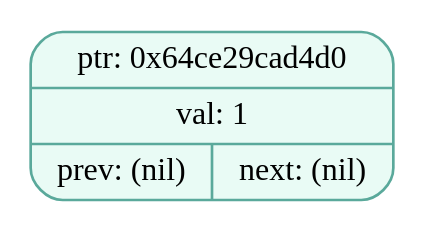
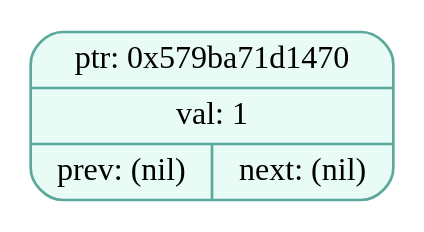
One commit to EvilTomato9890/Difference changed the diagram in dumps/tree_dump_004.dot. Above: the diagram before and after it, drawn with Graphviz. The commit also changed 30 other files, not shown here.

```diff
--- a/dumps/tree_dump_004.dot
+++ b/dumps/tree_dump_004.dot
@@ -1,5 +1,5 @@
 digraph T{
   node [fontname="Fira Mono",shape=record,style="filled,rounded",fontsize=12];
   graph [splines=true, nodesep=0.6, ranksep=0.6];
-  node_0x64ce29cad4d0[shape=record,label="{ {ptr: 0x64ce29cad4d0} | {val: 1} | { prev: (nil) | next: (nil) } }",color="#5aa99b",fillcolor="#e9fbf5"];
+  node_0x579ba71d1470[shape=record,label="{ {ptr: 0x579ba71d1470} | {val: 1} | { prev: (nil) | next: (nil) } }",color="#5aa99b",fillcolor="#e9fbf5"];
 }
```
